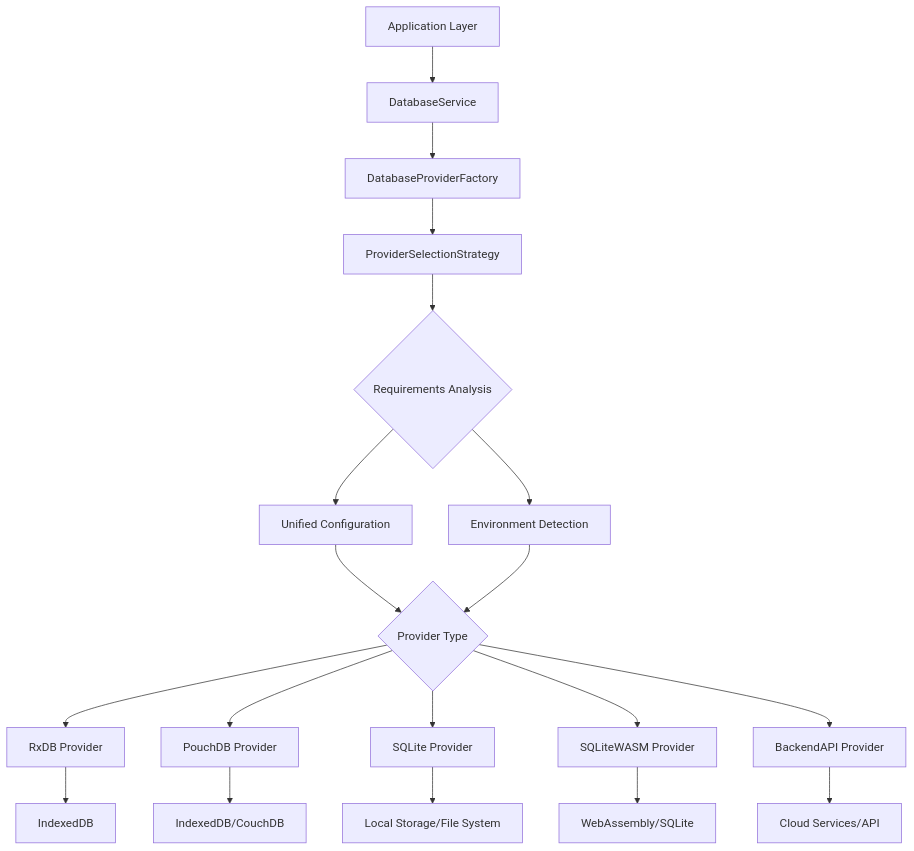
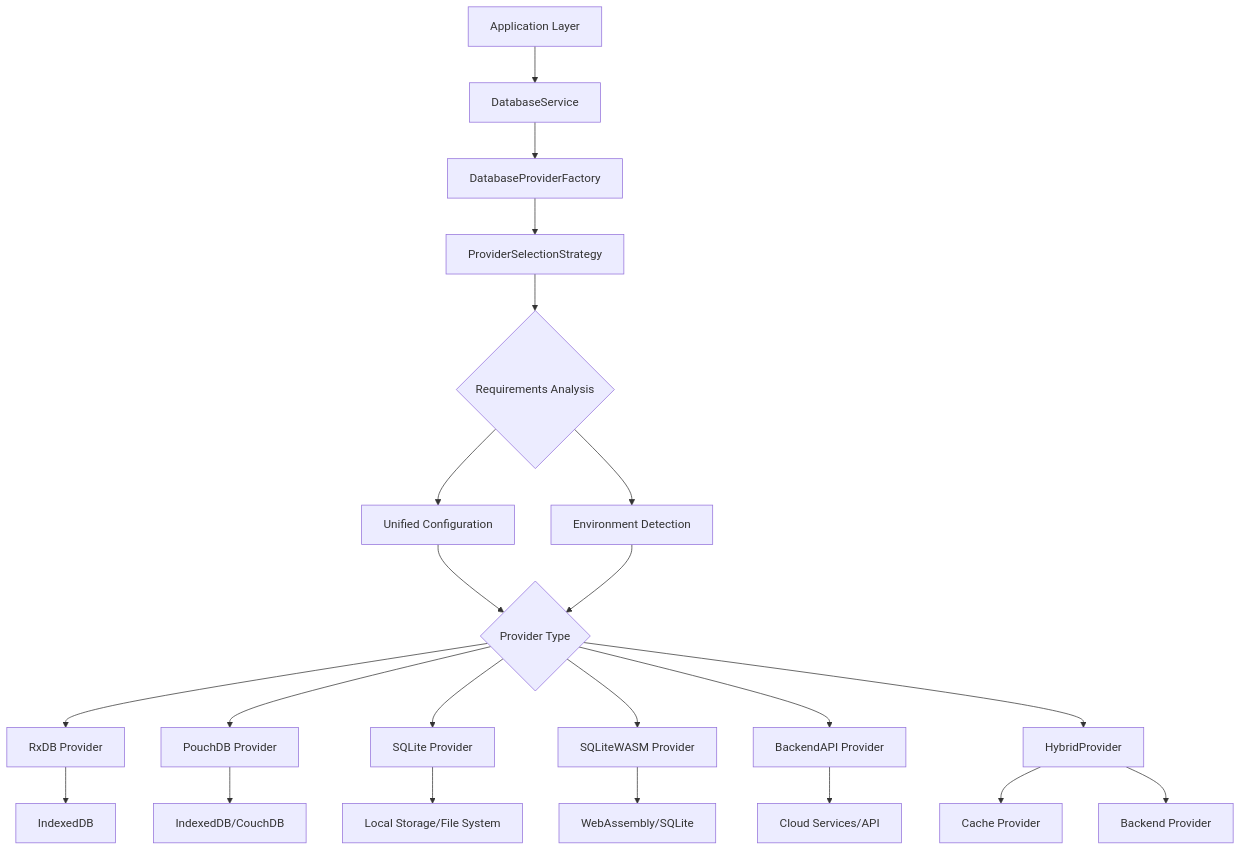
The ninth of 12 diagrams in .qoder/repowiki/en/content/Architecture Overview/Data Management Architecture/Database Provider Architecture/Database Provider Architecture.md (geniusdynamics/schoolpilot), drawn with Mermaid before and after one commit. The commit also changed other lines of this file and 8 other files, not shown here.

````diff
--- a/.qoder/repowiki/en/content/Architecture Overview/Data Management Architecture/Database Provider Architecture/Database Provider Architecture.md
+++ b/.qoder/repowiki/en/content/Architecture Overview/Data Management Architecture/Database Provider Architecture/Database Provider Architecture.md
@@ -640,21 +978,24 @@
 ```mermaid
 graph TD
 A[Application Layer] --> B[DatabaseService]
 B --> C[DatabaseProviderFactory]
 C --> D[ProviderSelectionStrategy]
 D --> E{Requirements Analysis}
 E --> F[Unified Configuration]
 E --> G[Environment Detection]
 F --> H{Provider Type}
 G --> H
 H --> I[RxDB Provider]
 H --> J[PouchDB Provider]
 H --> K[SQLite Provider]
 H --> L[SQLiteWASM Provider]
 H --> M[BackendAPI Provider]
-I --> N[IndexedDB]
-J --> O[IndexedDB/CouchDB]
-K --> P[Local Storage/File System]
-L --> Q[WebAssembly/SQLite]
-M --> R[Cloud Services/API]
+H --> N[HybridProvider]
+I --> O[IndexedDB]
+J --> P[IndexedDB/CouchDB]
+K --> Q[Local Storage/File System]
+L --> R[WebAssembly/SQLite]
+M --> S[Cloud Services/API]
+N --> T[Cache Provider]
+N --> U[Backend Provider]
 ```
````
